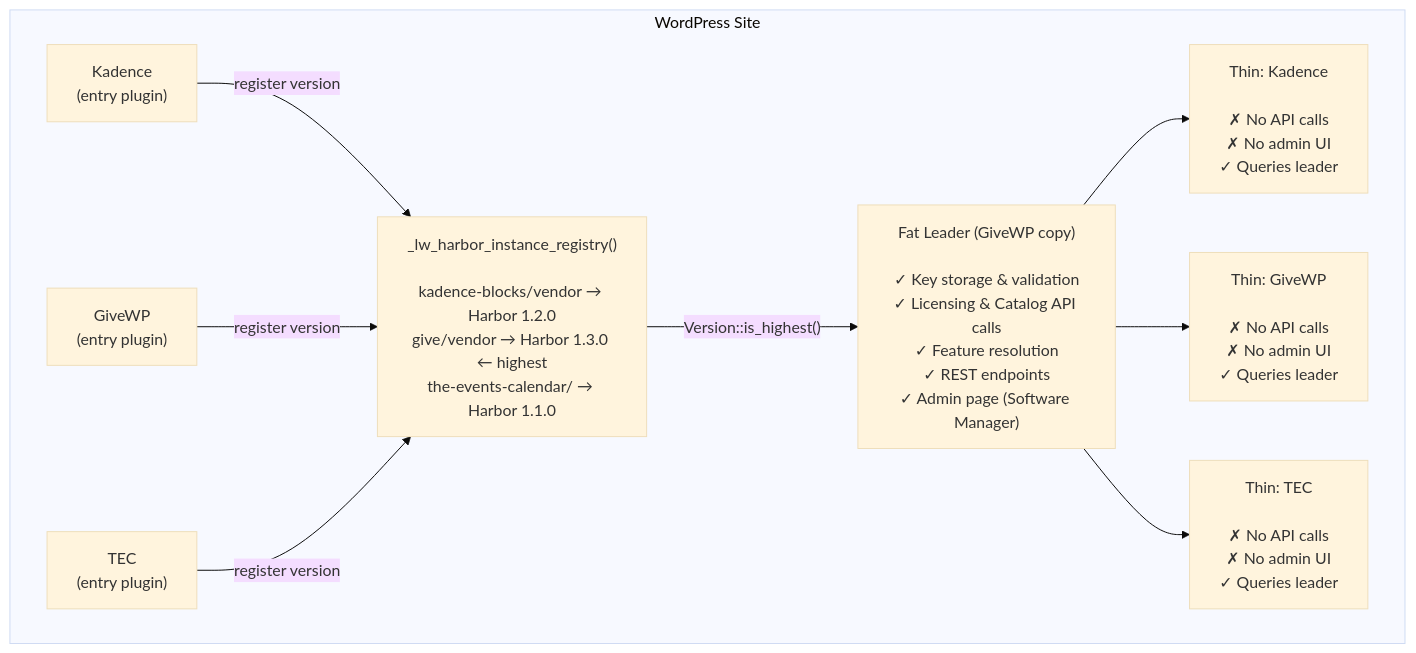
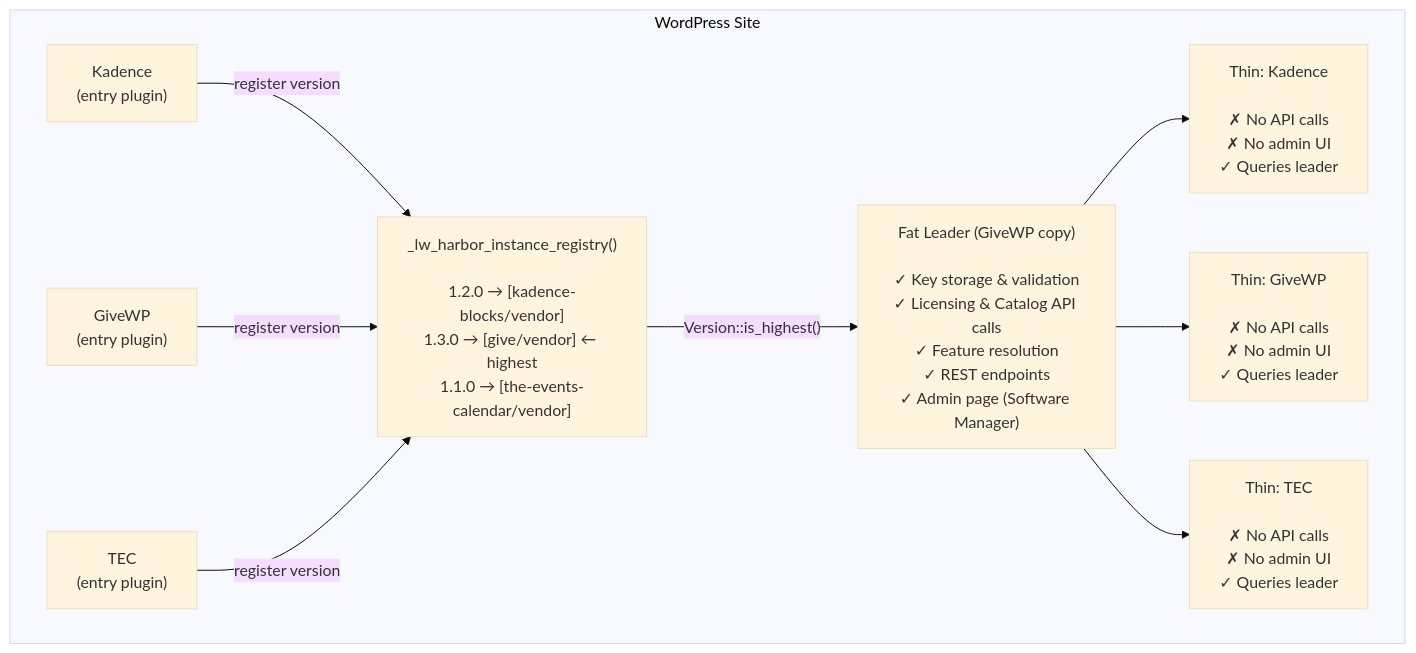
One commit to stellarwp/harbor changed the diagram in docs/architecture/fat-leader-thin-instance.md. Above: the diagram before and after it, drawn with Mermaid (base theme). The commit also changed other lines of this file and 3 other files, not shown here.

Commit message:
refactor: update instance registry shape so it stores all plugin names per version.

````diff
--- a/docs/architecture/fat-leader-thin-instance.md
+++ b/docs/architecture/fat-leader-thin-instance.md
@@ -11,18 +11,18 @@
 ```mermaid
 flowchart TD
     subgraph site["WordPress Site"]
         Kadence["Kadence\n(entry plugin)"] -->|register version| Registry
         GiveWP["GiveWP\n(entry plugin)"] -->|register version| Registry
         TEC["TEC\n(entry plugin)"] -->|register version| Registry
 
-        Registry["_lw_harbor_instance_registry()\n\nkadence-blocks/vendor → Harbor 1.2.0\ngive/vendor → Harbor 1.3.0 ← highest\nthe-events-calendar/ → Harbor 1.1.0"]
+        Registry["_lw_harbor_instance_registry()\n\n1.2.0 → [kadence-blocks/vendor]\n1.3.0 → [give/vendor] ← highest\n1.1.0 → [the-events-calendar/vendor]"]
 
         Registry -->|"Version::is_highest()"| Leader
 
         Leader["Fat Leader (GiveWP copy)\n\n✓ Key storage & validation\n✓ Licensing & Catalog API calls\n✓ Feature resolution\n✓ REST endpoints\n✓ Admin page (Software Manager)"]
 
         Leader --> ThinKadence["Thin: Kadence\n\n✗ No API calls\n✗ No admin UI\n✓ Queries leader"]
         Leader --> ThinGiveWP["Thin: GiveWP\n\n✗ No API calls\n✗ No admin UI\n✓ Queries leader"]
         Leader --> ThinTEC["Thin: TEC\n\n✗ No API calls\n✗ No admin UI\n✓ Queries leader"]
     end
 ```
````
